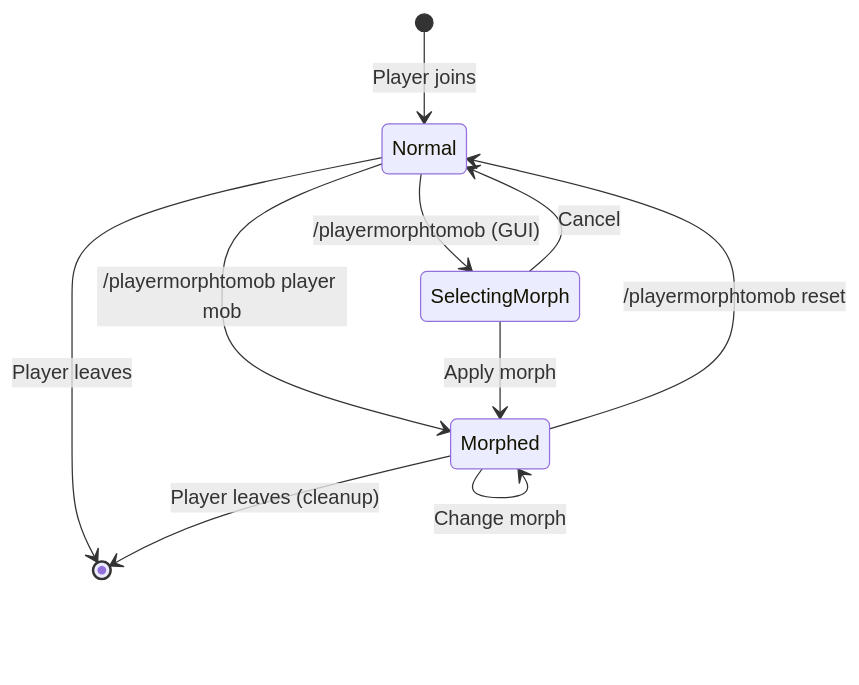
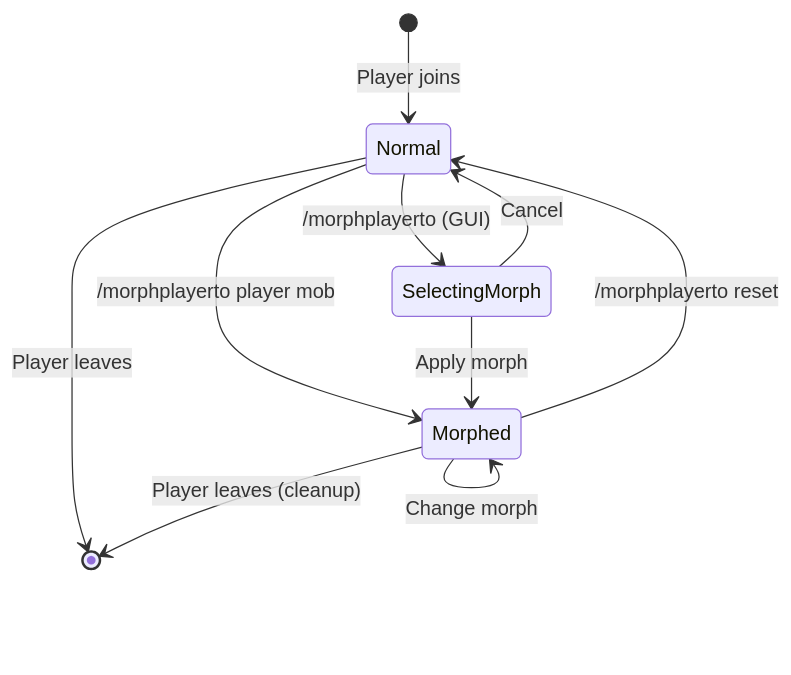
The fifth of 10 diagrams in .claude/docs/architecture.md (gorduan/Heytale-PlayerMorph), drawn with Mermaid before and after one commit. The commit also changed other lines of this file and 25 other files, not shown here.

First line of the commit message:
refactor!: rename project from PlayerMorphToMob to MorphPlayerTo

````diff
--- a/.claude/docs/architecture.md
+++ b/.claude/docs/architecture.md
@@ -161,16 +161,16 @@
 ```mermaid
 stateDiagram-v2
     [*] --> Normal: Player joins
 
-    Normal --> SelectingMorph: /playermorphtomob (GUI)
-    Normal --> Morphed: /playermorphtomob player mob
+    Normal --> SelectingMorph: /morphplayerto (GUI)
+    Normal --> Morphed: /morphplayerto player mob
 
     SelectingMorph --> Normal: Cancel
     SelectingMorph --> Morphed: Apply morph
 
-    Morphed --> Normal: /playermorphtomob reset
+    Morphed --> Normal: /morphplayerto reset
     Morphed --> Morphed: Change morph
 
     Normal --> [*]: Player leaves
     Morphed --> [*]: Player leaves (cleanup)
 ```
````
